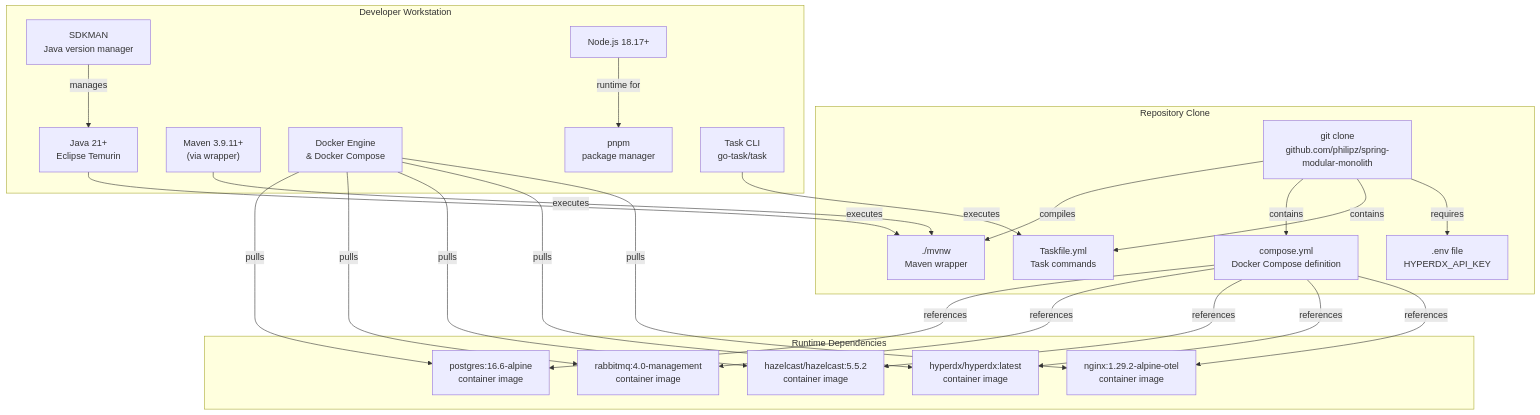
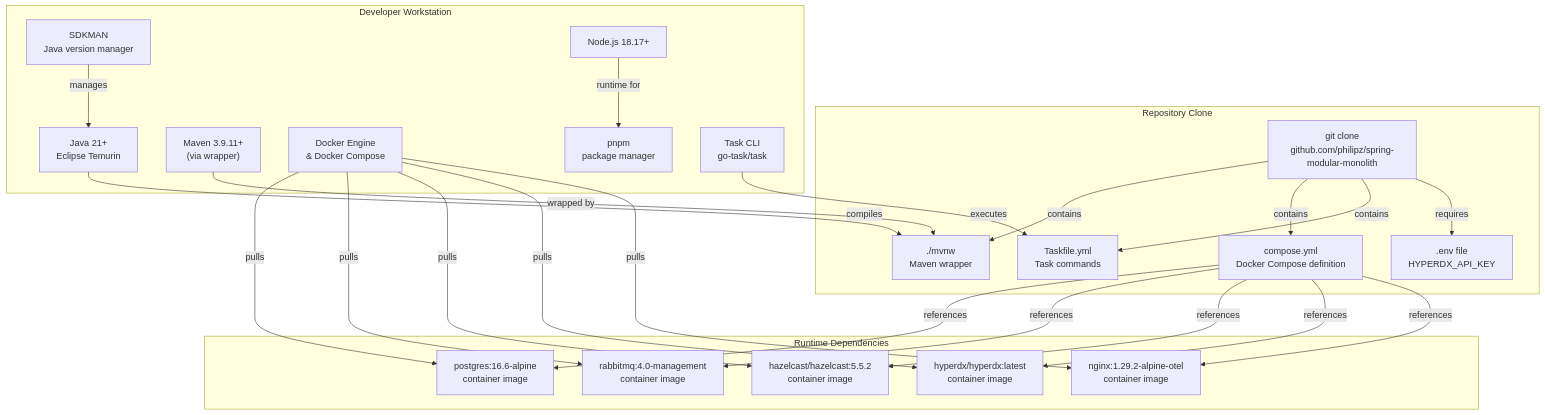
Before and after one commit to philipz/spring-modular-monolith: the first of 3 diagrams in docs/deepwiki/Prerequisites-and-Installation.md, drawn with Mermaid. The commit also changed other lines of this file and 32 other files, not shown here.

````diff
--- a/docs/deepwiki/Prerequisites-and-Installation.md
+++ b/docs/deepwiki/Prerequisites-and-Installation.md
@@ -35,67 +35,67 @@
 ```mermaid
 flowchart TD
 
 SDKMAN["SDKMAN<br>Java version manager"]
 Java21["Java 21+<br>Eclipse Temurin"]
 Maven["Maven 3.9.11+<br>(via wrapper)"]
 Docker["Docker Engine<br>& Docker Compose"]
 NodeJS["Node.js 18.17+"]
 PNPM["pnpm<br>package manager"]
 Task["Task CLI<br>go-task/task"]
 GitRepo["git clone<br>github.com/philipz/spring-modular-monolith"]
 EnvFile[".env file<br>HYPERDX_API_KEY"]
 MVNWrapper["./mvnw<br>Maven wrapper"]
 ComposeYML["compose.yml<br>Docker Compose definition"]
 TaskfileYML["Taskfile.yml<br>Task commands"]
 PostgresImg["postgres:16.6-alpine<br>container image"]
 RabbitMQImg["rabbitmq:4.0-management<br>container image"]
 HazelcastImg["hazelcast/hazelcast:5.5.2<br>container image"]
 HyperDXImg["hyperdx/hyperdx:latest<br>container image"]
 NginxImg["nginx:1.29.2-alpine-otel<br>container image"]
 
-Java21 -->|"executes"| MVNWrapper
-Maven -->|"executes"| MVNWrapper
+Java21 -->|"compiles"| MVNWrapper
+Maven -->|"wrapped by"| MVNWrapper
 Task -->|"executes"| TaskfileYML
 Docker -->|"pulls"| PostgresImg
 Docker -->|"pulls"| RabbitMQImg
 Docker -->|"pulls"| HazelcastImg
 Docker -->|"pulls"| HyperDXImg
 Docker -->|"pulls"| NginxImg
 ComposeYML -->|"references"| PostgresImg
 ComposeYML -->|"references"| RabbitMQImg
 ComposeYML -->|"references"| HazelcastImg
 ComposeYML -->|"references"| HyperDXImg
 ComposeYML -->|"references"| NginxImg
 
 subgraph subGraph2 ["Runtime Dependencies"]
     PostgresImg
     RabbitMQImg
     HazelcastImg
     HyperDXImg
     NginxImg
 end
 
 subgraph subGraph1 ["Repository Clone"]
     GitRepo
     EnvFile
     MVNWrapper
     ComposeYML
     TaskfileYML
-    GitRepo -->|"compiles"| MVNWrapper
+    GitRepo -->|"contains"| MVNWrapper
     GitRepo -->|"contains"| ComposeYML
     GitRepo -->|"contains"| TaskfileYML
     GitRepo -->|"requires"| EnvFile
 end
 
 subgraph subGraph0 ["Developer Workstation"]
     SDKMAN
     Java21
     Maven
     Docker
     NodeJS
     PNPM
     Task
     SDKMAN -->|"manages"| Java21
     NodeJS -->|"runtime for"| PNPM
 end
 ```
````
